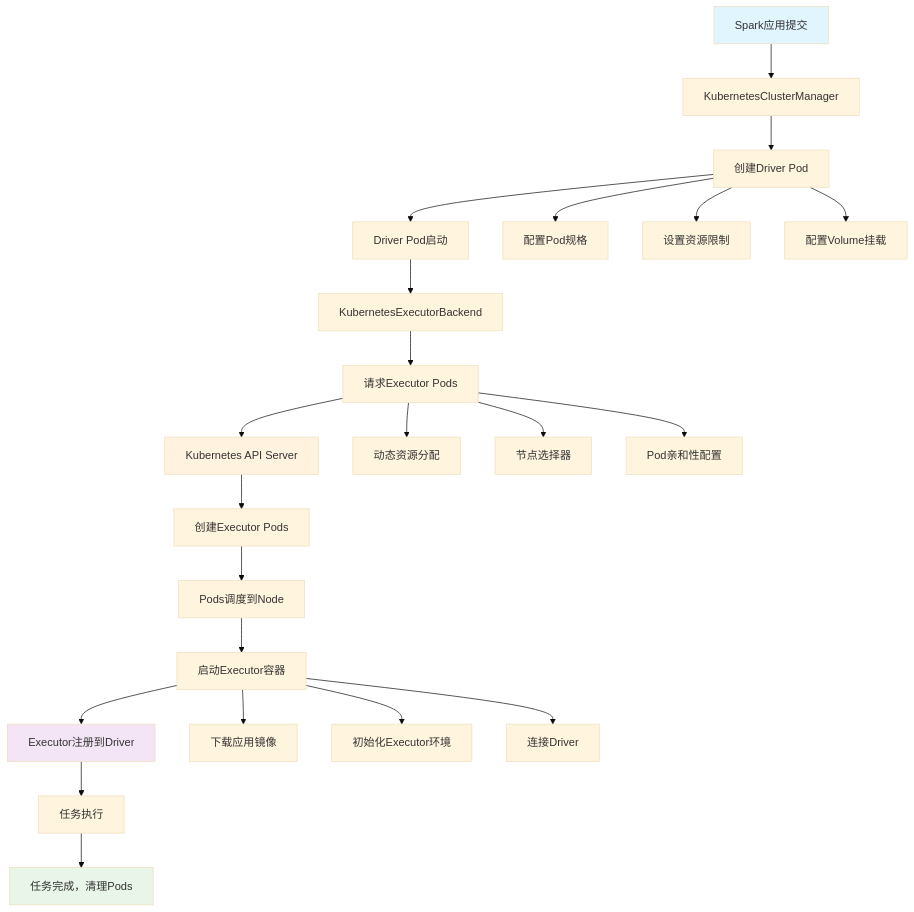
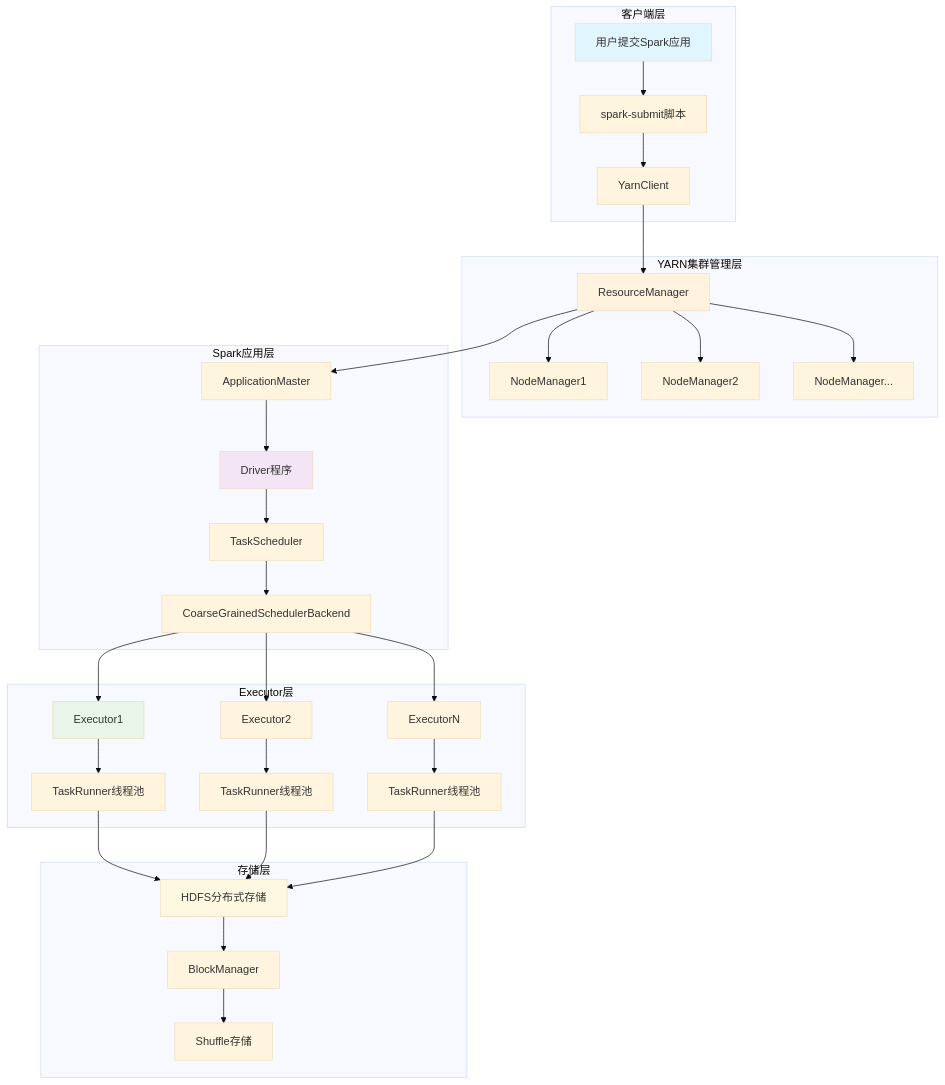
Before and after one commit to ralph-wren/TechStack-Handbook: diagram 43 of 45 in 12.1.spark源码解析.md, drawn with Mermaid (base theme). The commit also changed other lines of this file and 2 other files, not shown here.

````diff
--- a/12.1.spark源码解析.md
+++ b/12.1.spark源码解析.md
@@ -4683,32 +4351,46 @@
 ```mermaid
-graph TD
-    A[Spark应用提交] --> B[KubernetesClusterManager]
-    B --> C[创建Driver Pod]
-    C --> D[Driver Pod启动]
-    D --> E[KubernetesExecutorBackend]
-    E --> F[请求Executor Pods]
-    F --> G[Kubernetes API Server]
-    G --> H[创建Executor Pods]
-    H --> I[Pods调度到Node]
-    I --> J[启动Executor容器]
-    J --> K[Executor注册到Driver]
-    K --> L[任务执行]
-    L --> M[任务完成，清理Pods]
+graph TB
+    subgraph "客户端层"
+        U[用户提交Spark应用] --> SC[spark-submit脚本]
+        SC --> YC[YarnClient]
+    end
     
-    C --> C1[配置Pod规格]
-    C --> C2[设置资源限制]
-    C --> C3[配置Volume挂载]
+    subgraph "YARN集群管理层"
+        RM[ResourceManager] --> NM1[NodeManager1]
+        RM --> NM2[NodeManager2]
+        RM --> NMN[NodeManager...]
+    end
     
-    F --> F1[动态资源分配]
-    F --> F2[节点选择器]
-    F --> F3[Pod亲和性配置]
+    subgraph "Spark应用层"
+        AM[ApplicationMaster] --> DR[Driver程序]
+        DR --> TS[TaskScheduler]
+        TS --> CB[CoarseGrainedSchedulerBackend]
+    end
     
-    J --> J1[下载应用镜像]
-    J --> J2[初始化Executor环境]
-    J --> J3[连接Driver]
+    subgraph "Executor层"
+        EX1[Executor1] --> TR1[TaskRunner线程池]
+        EX2[Executor2] --> TR2[TaskRunner线程池]
+        EXN[ExecutorN] --> TRN[TaskRunner线程池]
+    end
     
-    style A fill:#e1f5fe
-    style M fill:#e8f5e8
-    style G fill:#fff3e0
-    style K fill:#f3e5f5
+    subgraph "存储层"
+        HDFS[HDFS分布式存储] --> BS[BlockManager]
+        BS --> SS[Shuffle存储]
+    end
+    
+    YC --> RM
+    RM --> AM
+    CB --> EX1
+    CB --> EX2
+    CB --> EXN
+    
+    TR1 --> HDFS
+    TR2 --> HDFS
+    TRN --> HDFS
+    
+    style U fill:#e1f5fe
+    style RM fill:#fff3e0
+    style DR fill:#f3e5f5
+    style EX1 fill:#e8f5e8
+    style HDFS fill:#fff8e1
 ```
````
